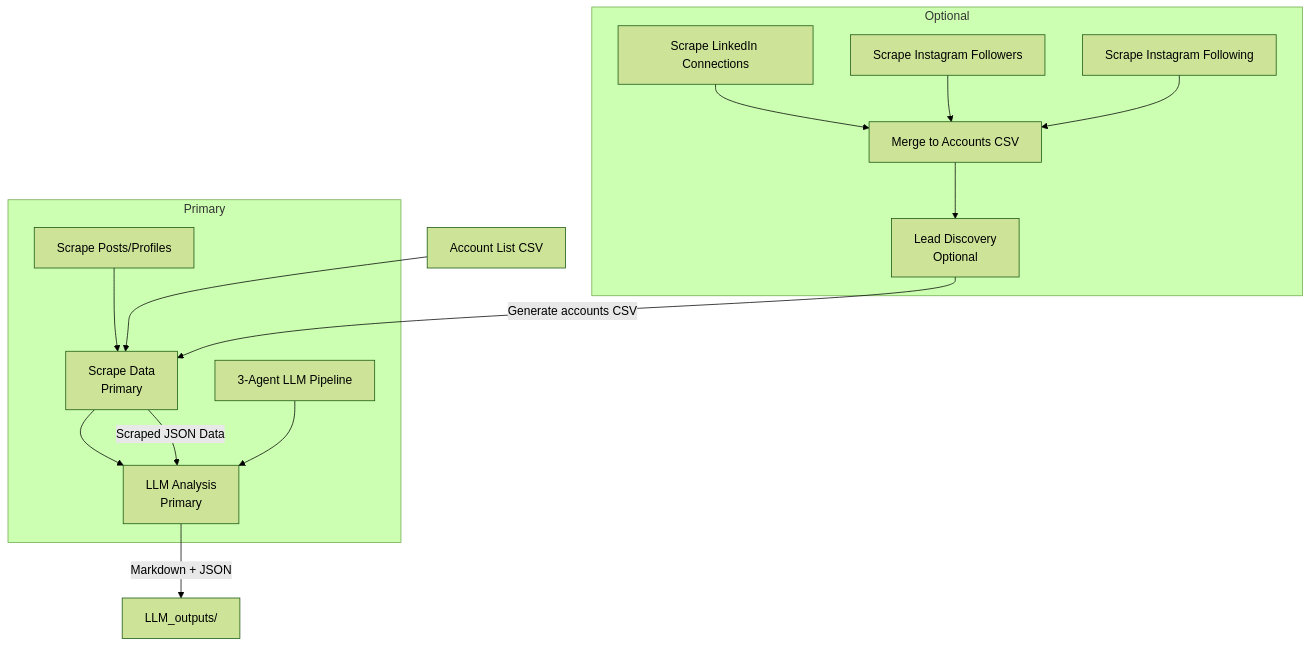
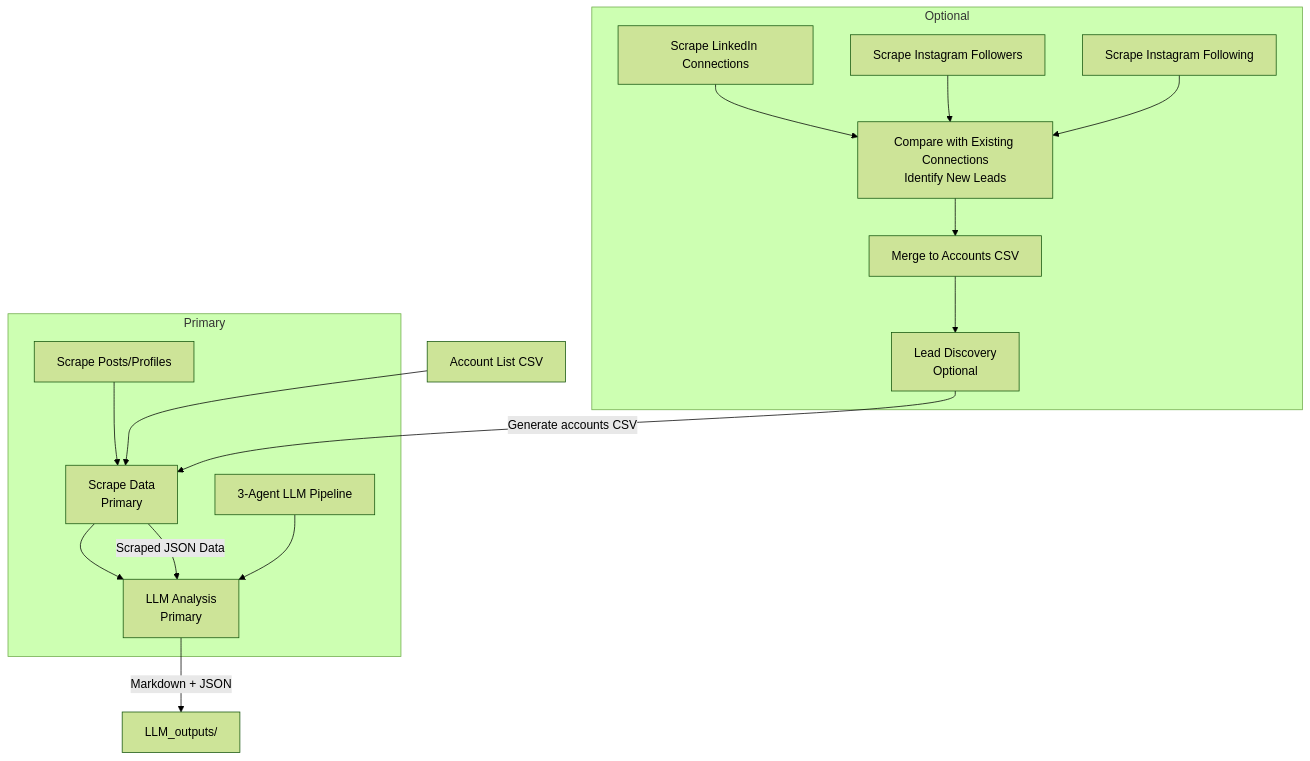
Before and after one commit to Congcong19655/social_media_scraper: the diagram in README.md, drawn with Mermaid (forest theme).

Commit message:
Update diagram to include comparison step for new leads

````diff
--- a/README.md
+++ b/README.md
@@ -13,30 +13,32 @@
 ```mermaid
 graph TD
     A[Lead Discovery<br/>Optional] -->|Generate accounts CSV| B[Scrape Data<br/>Primary]
     B --> C[LLM Analysis<br/>Primary]
 
     subgraph Optional
     A
     A1[Scrape LinkedIn Connections]
     A2[Scrape Instagram Followers]
     A3[Scrape Instagram Following]
+    A5[Compare with Existing Connections<br/>Identify New Leads]
     A4[Merge to Accounts CSV]
-    A1 --> A4
-    A2 --> A4
-    A3 --> A4
+    A1 --> A5
+    A2 --> A5
+    A3 --> A5
+    A5 --> A4
     A4 --> A
     end
 
     subgraph Primary
     B
     B1[Scrape Posts/Profiles]
     B1 --> B
     C
     C1[3-Agent LLM Pipeline]
     C1 --> C
     end
 
     D[Account List CSV] --> B
     B -->|Scraped JSON Data| C
     C -->|Markdown + JSON| E[LLM_outputs/]
 ```
````
